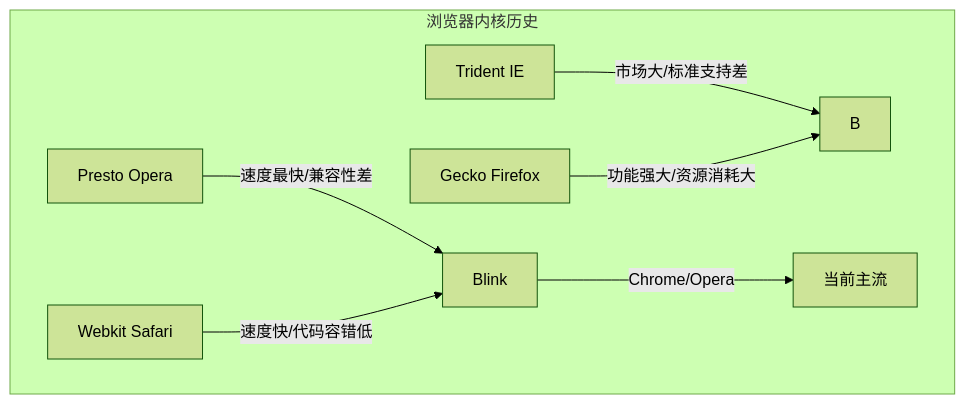
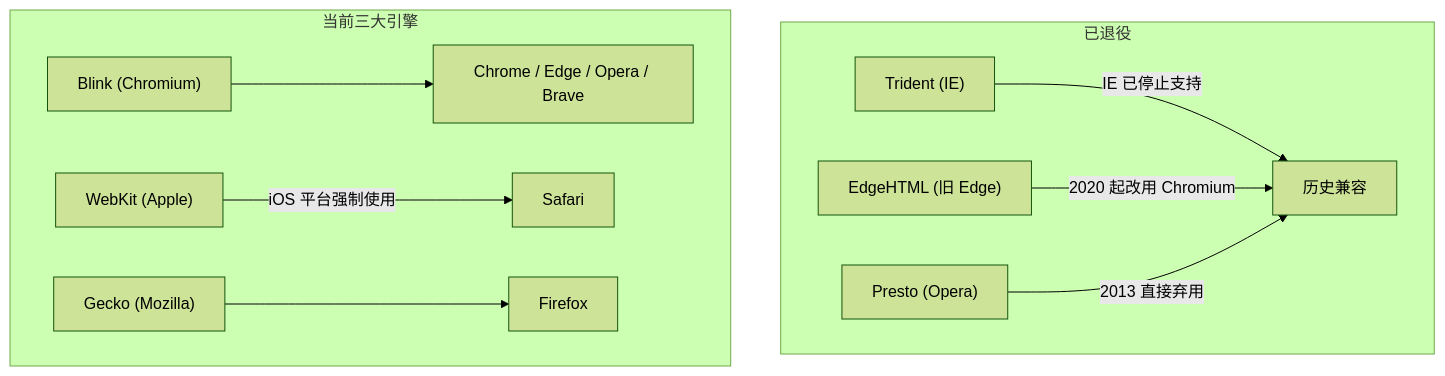
Before and after one commit to KMaybe01/interview-demo: the ninth of 40 diagrams in docs/S3-进阶提升/01-浏览器原理.md, drawn with Mermaid (forest theme). The commit also changed other lines of this file and 7 other files, not shown here.

````diff
--- a/docs/S3-进阶提升/01-浏览器原理.md
+++ b/docs/S3-进阶提升/01-浏览器原理.md
@@ -293,10 +293,13 @@
 ```mermaid
 graph TD
-    subgraph 浏览器内核历史
-        A["Trident IE"] -->|市场大/标准支持差| B
-        C["Gecko Firefox"] -->|功能强大/资源消耗大| B
-        D["Presto Opera"] -->|速度最快/兼容性差| E["Blink"]
-        F["Webkit Safari"] -->|速度快/代码容错低| E
-        E -->|Chrome/Opera| G["当前主流"]
+    subgraph 已退役
+        A["Trident (IE)"] -->|IE 已停止支持| X["历史兼容"]
+        D["EdgeHTML (旧 Edge)"] -->|2020 起改用 Chromium| X
+        P["Presto (Opera)"] -->|2013 直接弃用| X
+    end
+    subgraph 当前三大引擎
+        E["Blink (Chromium)"] --> G["Chrome / Edge / Opera / Brave"]
+        F["WebKit (Apple)"] -->|iOS 平台强制使用| H["Safari"]
+        C["Gecko (Mozilla)"] --> I["Firefox"]
     end
 ```
````
